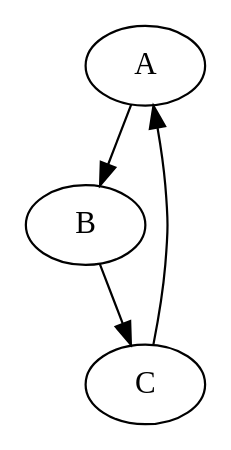
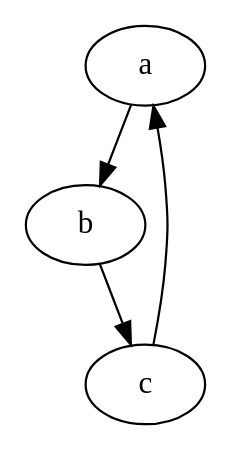
One commit to gregowa/info_indus_tutorial changed the diagram in doc/sphinx/source/intro.rst. Above: the diagram before and after it, drawn with Graphviz.

Commit message:
Test graphique

```diff
--- a/doc/sphinx/source/intro.rst
+++ b/doc/sphinx/source/intro.rst
@@ -37,5 +37,7 @@
 .. graphviz::
 
-   digraph simple {
-       A -> B -> C -> A;
-   }
+    digraph G {
+        a -> b;
+        b -> c;
+        c -> a;
+    }
```
